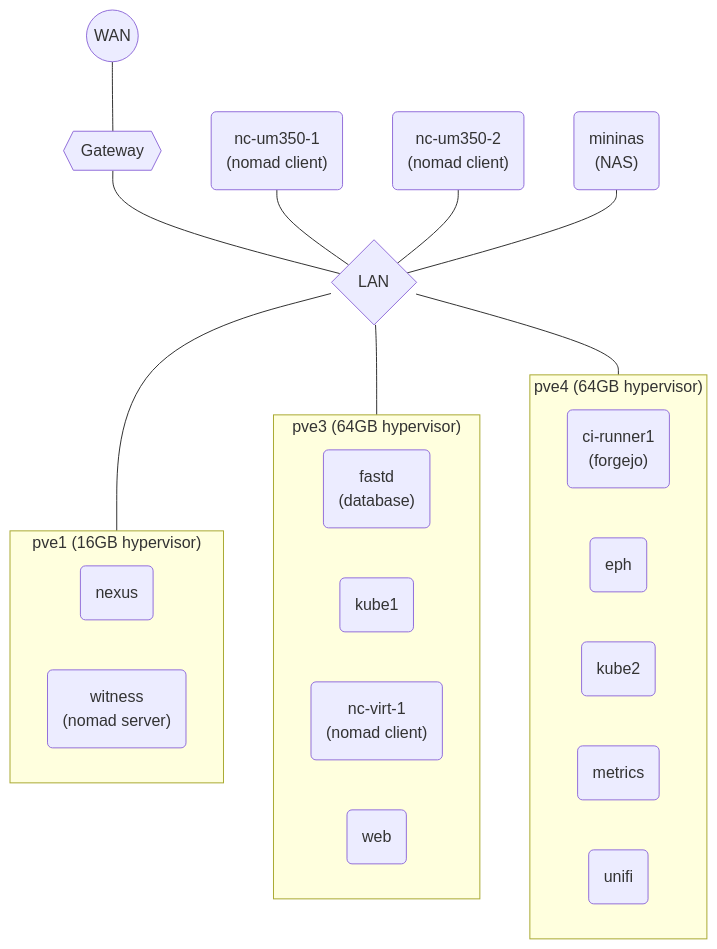
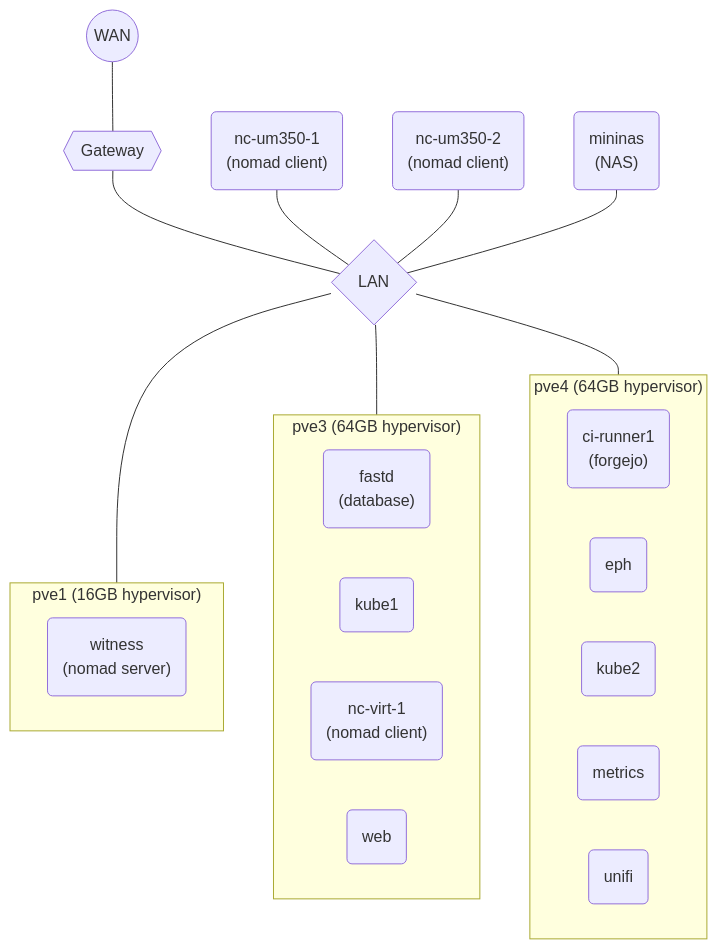
Before and after one commit to jhillyerd/homelab: the first of 2 diagrams in README.md, drawn with Mermaid. The commit also changed 4 other files, not shown here.

````diff
--- a/README.md
+++ b/README.md
@@ -12,31 +12,30 @@
 ```mermaid
 graph TD
     wan((WAN)) --- gw{{Gateway}}
     gw --- lan{LAN}
     nc1("nc-um350-1<br/>(nomad client)") --- lan
     nc2("nc-um350-2<br/>(nomad client)") --- lan
     nas("mininas<br/>(NAS)") --- lan
     lan --- pve1
     lan --- pve3
     lan --- pve4
     subgraph pve1 ["pve1 (16GB hypervisor)"]
         direction RL
-        nexus("nexus")
         witness("witness<br/>(nomad server)")
     end
     subgraph pve3 ["pve3 (64GB hypervisor)"]
         direction RL
         fastd("fastd<br/>(database)")
         kube1("kube1")
         nc-virt-1("nc-virt-1<br/>(nomad client)")
         web("web")
     end
     subgraph pve4 ["pve4 (64GB hypervisor)"]
         direction RL
         ci-runner1("ci-runner1<br/>(forgejo)")
         eph("eph")
         kube2("kube2")
         metrics("metrics")
         unifi("unifi")
     end
 ```
````
